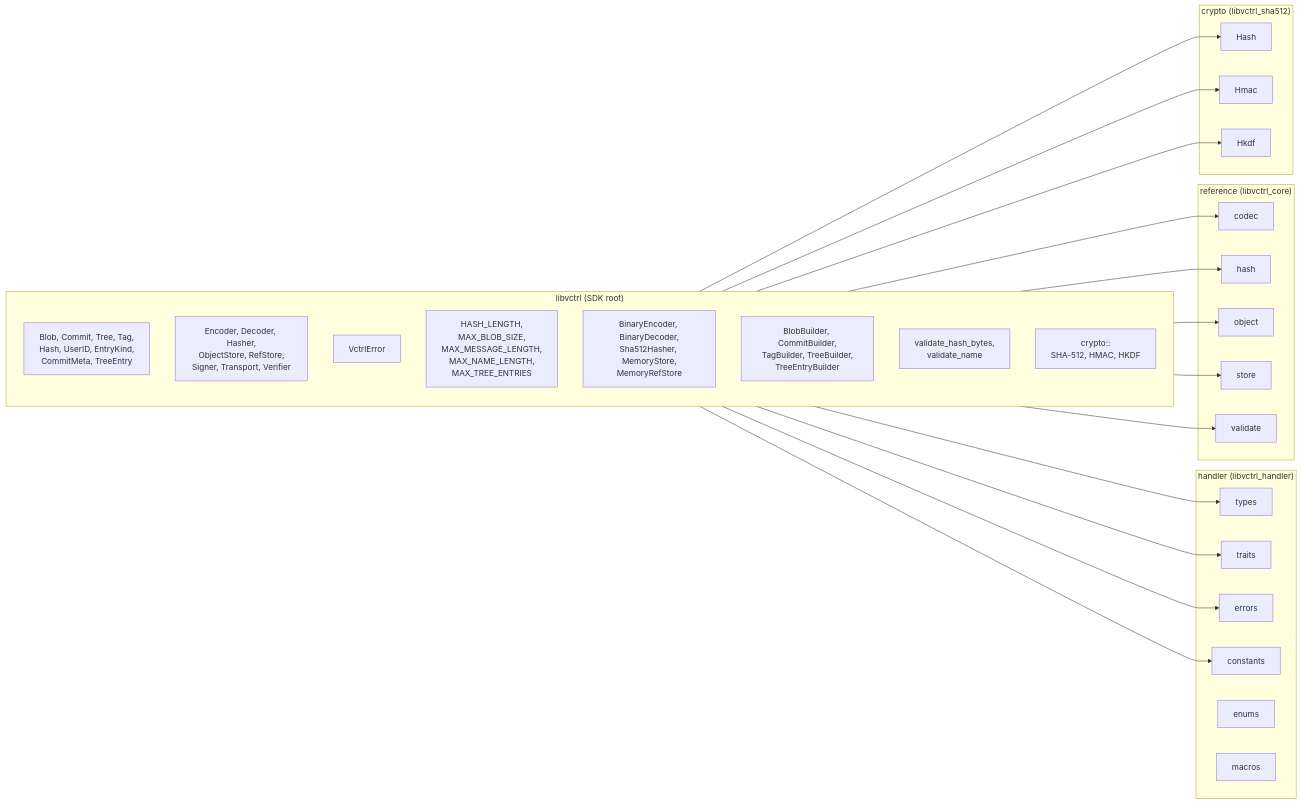
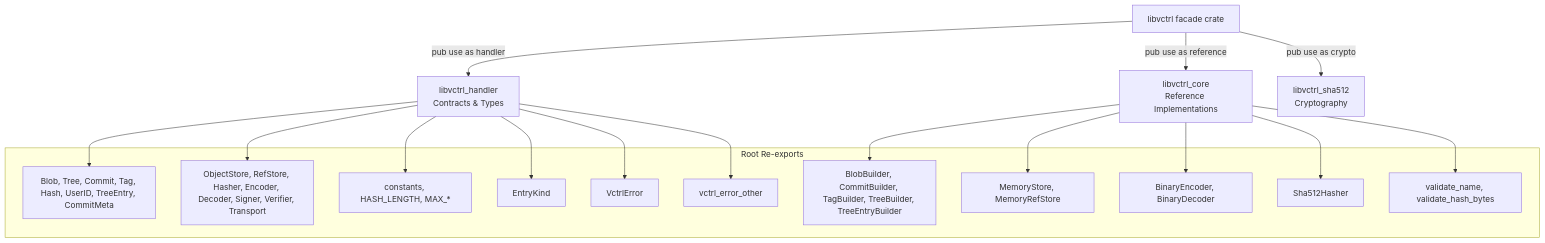
The first of 2 diagrams in libvctrl/README.md (mroczect/libvctrl), drawn with Mermaid before and after one commit. The commit also changed other lines of this file and 4 other files, not shown here.

````diff
--- a/libvctrl/README.md
+++ b/libvctrl/README.md
@@ -55,50 +67,37 @@
 ```mermaid
-graph LR
-    subgraph SDK["libvctrl (SDK root)"]
-        direction TB
-        root_types["Blob, Commit, Tree, Tag,<br/>Hash, UserID, EntryKind,<br/>CommitMeta, TreeEntry"]
-        root_traits["Encoder, Decoder, Hasher,<br/>ObjectStore, RefStore,<br/>Signer, Transport, Verifier"]
-        root_errors["VctrlError"]
-        root_constants["HASH_LENGTH,<br/>MAX_BLOB_SIZE,<br/>MAX_MESSAGE_LENGTH,<br/>MAX_NAME_LENGTH,<br/>MAX_TREE_ENTRIES"]
-        root_impl["BinaryEncoder, BinaryDecoder,<br/>Sha512Hasher, MemoryStore,<br/>MemoryRefStore"]
-        root_builders["BlobBuilder, CommitBuilder,<br/>TagBuilder, TreeBuilder,<br/>TreeEntryBuilder"]
-        root_validate["validate_hash_bytes,<br/>validate_name"]
-        root_crypto["crypto::<br/>SHA-512, HMAC, HKDF"]
+graph TD
+    LIBVCTRL[libvctrl facade crate]
+    HANDLER[libvctrl_handler<br/>Contracts & Types]
+    CORE[libvctrl_core<br/>Reference Implementations]
+    SHA512[libvctrl_sha512<br/>Cryptography]
+
+    LIBVCTRL -->|pub use as handler| HANDLER
+    LIBVCTRL -->|pub use as reference| CORE
+    LIBVCTRL -->|pub use as crypto| SHA512
+
+    subgraph Root Re-exports
+        ROOT_TYPES[Blob, Tree, Commit, Tag, Hash, UserID, TreeEntry, CommitMeta]
+        ROOT_TRAITS[ObjectStore, RefStore, Hasher, Encoder, Decoder, Signer, Verifier, Transport]
+        ROOT_CONST[constants, HASH_LENGTH, MAX_*]
+        ROOT_ENUMS[EntryKind]
+        ROOT_ERRORS[VctrlError]
+        ROOT_MACROS[vctrl_error_other]
+        ROOT_BUILDERS[BlobBuilder, CommitBuilder, TagBuilder, TreeBuilder, TreeEntryBuilder]
+        ROOT_STORES[MemoryStore, MemoryRefStore]
+        ROOT_CODEC[BinaryEncoder, BinaryDecoder]
+        ROOT_HASHER[Sha512Hasher]
+        ROOT_VALIDATE[validate_name, validate_hash_bytes]
     end
 
-    subgraph Handler["handler (libvctrl_handler)"]
-        h_types["types"]
-        h_traits["traits"]
-        h_errors["errors"]
-        h_constants["constants"]
-        h_enums["enums"]
-        h_macros["macros"]
-    end
-
-    subgraph Reference["reference (libvctrl_core)"]
-        r_codec["codec"]
-        r_hash["hash"]
-        r_object["object"]
-        r_store["store"]
-        r_validate["validate"]
-    end
-
-    subgraph CryptoLib["crypto (libvctrl_sha512)"]
-        c_hash["Hash"]
-        c_hmac["Hmac"]
-        c_hkdf["Hkdf"]
-    end
-
-    root_types --> h_types
-    root_traits --> h_traits
-    root_errors --> h_errors
-    root_constants --> h_constants
-    root_impl --> r_codec
-    root_impl --> r_hash
-    root_impl --> r_store
-    root_builders --> r_object
-    root_validate --> r_validate
-    root_crypto --> c_hash
-    root_crypto --> c_hmac
-    root_crypto --> c_hkdf
+    HANDLER --> ROOT_TYPES
+    HANDLER --> ROOT_TRAITS
+    HANDLER --> ROOT_CONST
+    HANDLER --> ROOT_ENUMS
+    HANDLER --> ROOT_ERRORS
+    HANDLER --> ROOT_MACROS
+    CORE --> ROOT_BUILDERS
+    CORE --> ROOT_STORES
+    CORE --> ROOT_CODEC
+    CORE --> ROOT_HASHER
+    CORE --> ROOT_VALIDATE
 ```
````
